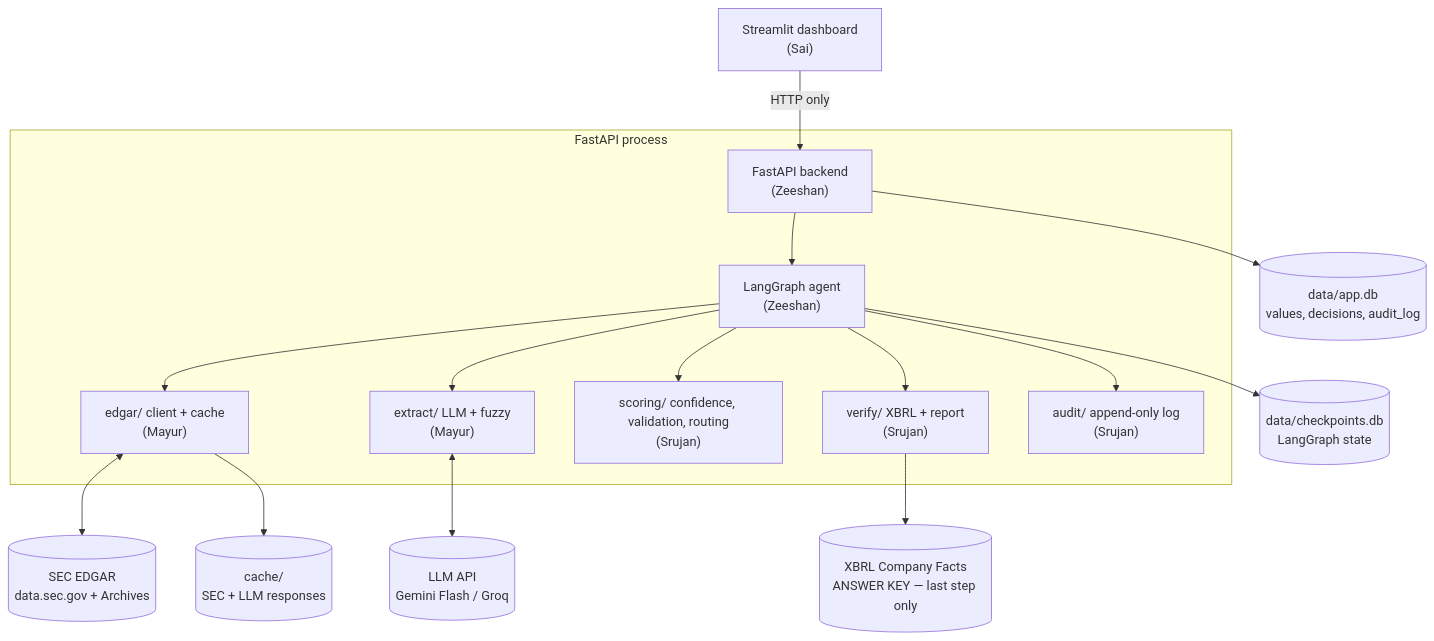
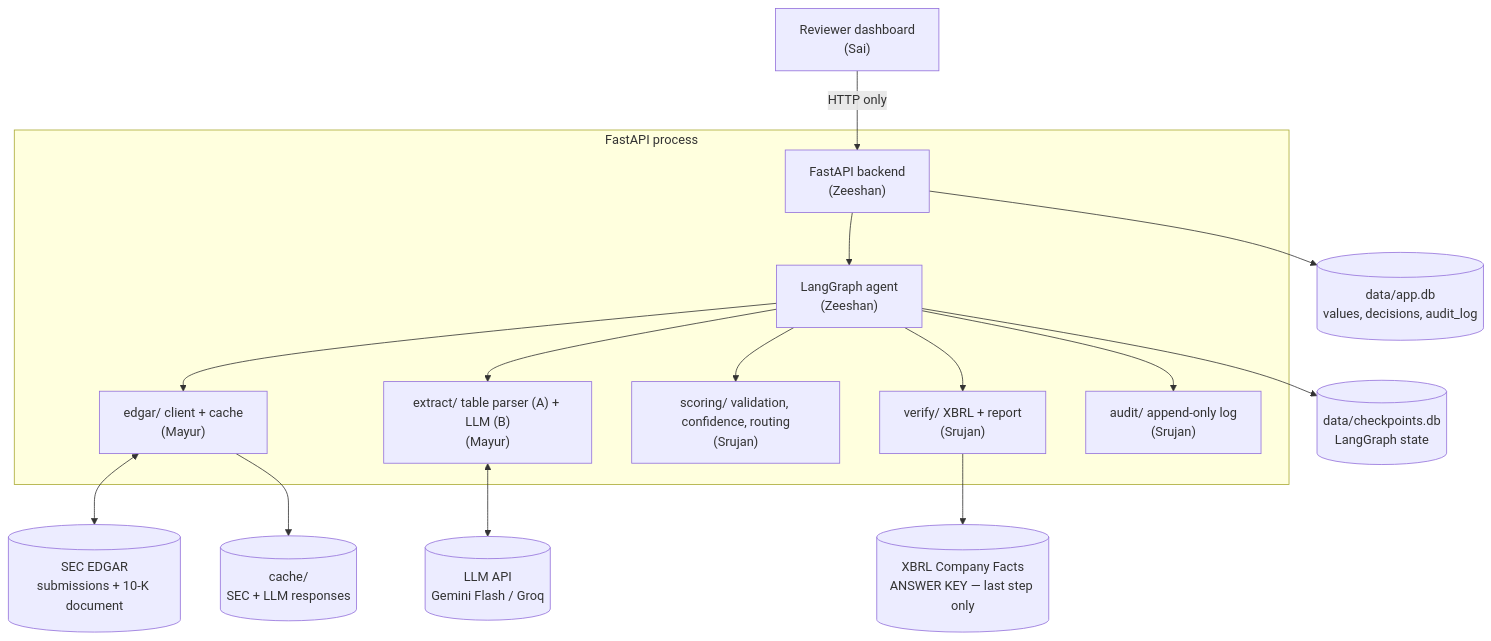
One commit to Srujanmirji/MINEARENA changed the first of 3 diagrams in docs/ARCHITECTURE.md. Above: the diagram before and after it, drawn with Mermaid. The commit also changed other lines of this file and 11 other files, not shown here.

First line of the commit message:
docs: merge Zeeshan's plan — extract from 10-K document, two extractors, new confidence formula

````diff
--- a/docs/ARCHITECTURE.md
+++ b/docs/ARCHITECTURE.md
@@ -7,21 +7,21 @@
 ```mermaid
 flowchart TB
-    UI["Streamlit dashboard<br/>(Sai)"] -->|HTTP only| API["FastAPI backend<br/>(Zeeshan)"]
+    UI["Reviewer dashboard<br/>(Sai)"] -->|HTTP only| API["FastAPI backend<br/>(Zeeshan)"]
 
     subgraph Backend["FastAPI process"]
         API --> G["LangGraph agent<br/>(Zeeshan)"]
         G --> EC["edgar/ client + cache<br/>(Mayur)"]
-        G --> EX["extract/ LLM + fuzzy<br/>(Mayur)"]
-        G --> SC["scoring/ confidence, validation, routing<br/>(Srujan)"]
+        G --> EX["extract/ table parser (A) + LLM (B)<br/>(Mayur)"]
+        G --> SC["scoring/ validation, confidence, routing<br/>(Srujan)"]
         G --> VF["verify/ XBRL + report<br/>(Srujan)"]
         G --> AU["audit/ append-only log<br/>(Srujan)"]
     end
 
-    EC <--> SEC[("SEC EDGAR<br/>data.sec.gov + Archives")]
+    EC <--> SEC[("SEC EDGAR<br/>submissions + 10-K document")]
     EX <--> LLM[("LLM API<br/>Gemini Flash / Groq")]
     VF --> XB[("XBRL Company Facts<br/>ANSWER KEY — last step only")]
 
     G --> CK[("data/checkpoints.db<br/>LangGraph state")]
     API --> DB[("data/app.db<br/>values, decisions, audit_log")]
     EC --> CA[("cache/<br/>SEC + LLM responses")]
 ```
````
